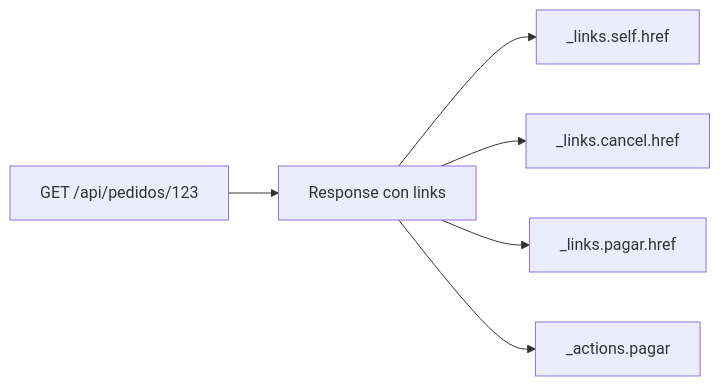
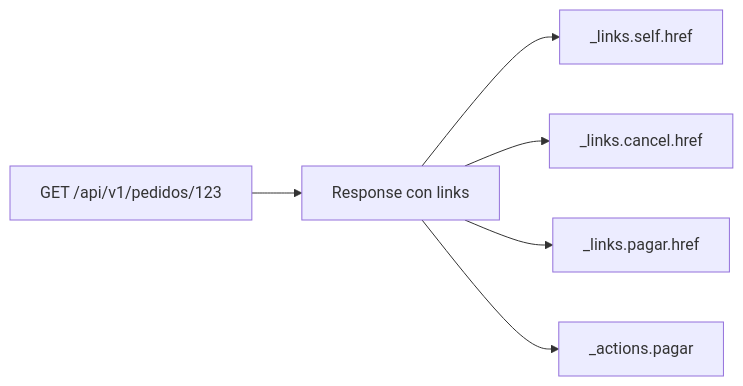
One commit to joseluisgs/TiendaDawApi-NetCore changed the fourth of 5 diagrams in doc/06-rest-best-practices.md. Above: the diagram before and after it, drawn with Mermaid. The commit also changed other lines of this file and 237 other files, not shown here.

````diff
--- a/doc/06-rest-best-practices.md
+++ b/doc/06-rest-best-practices.md
@@ -394,8 +394,8 @@
 ```mermaid
 flowchart LR
-    A["GET /api/pedidos/123"] --> B["Response con links"]
+    A["GET /api/v1/pedidos/123"] --> B["Response con links"]
     B --> C["_links.self.href"]
     B --> D["_links.cancel.href"]
     B --> E["_links.pagar.href"]
     B --> F["_actions.pagar"]
 ```
````
